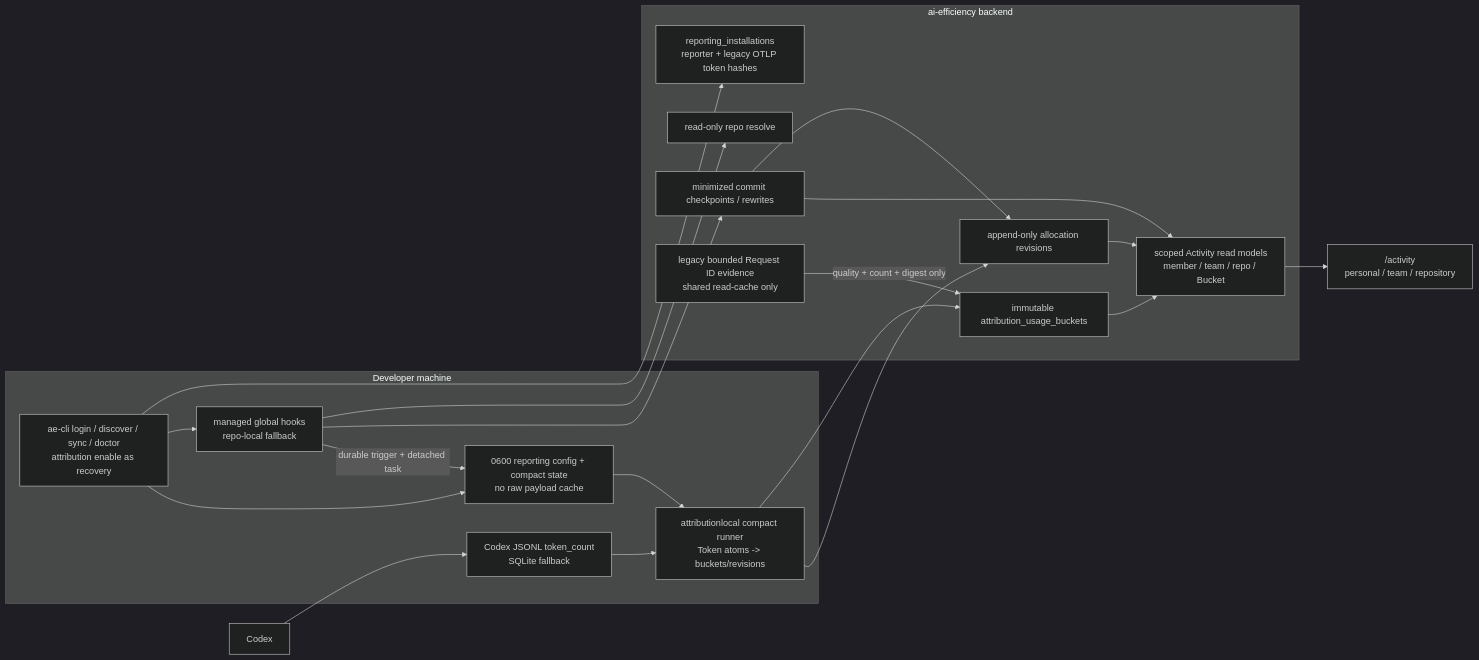
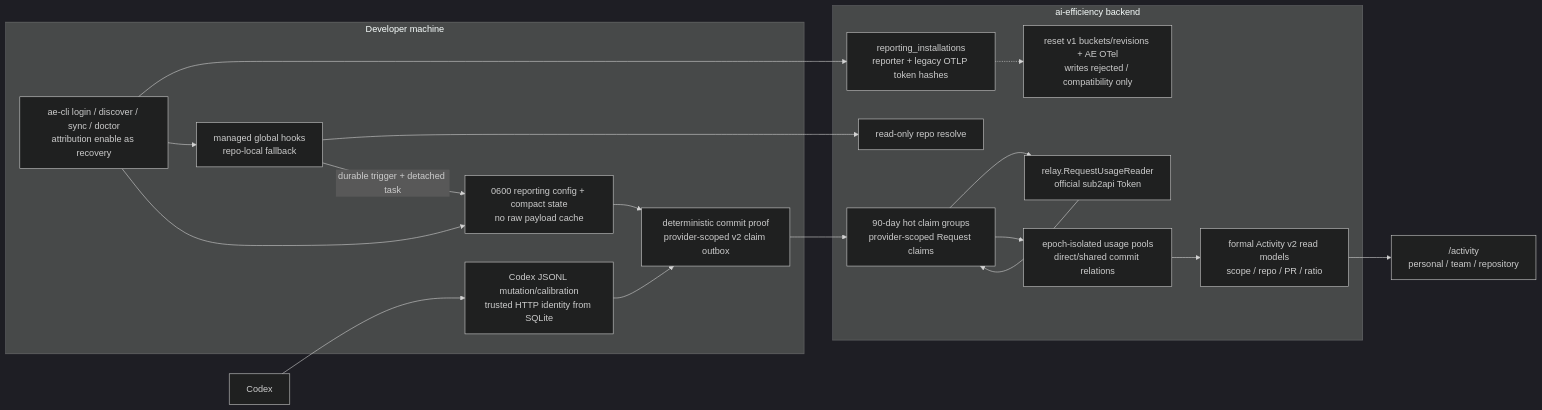
Before and after one commit to LichKing-2234/ai-efficiency: the fourth of 4 diagrams in docs/architecture.md, drawn with Mermaid (dark theme). The commit also changed other lines of this file and 4 other files, not shown here.

````diff
--- a/docs/architecture.md
+++ b/docs/architecture.md
@@ -697,42 +703,40 @@
 ```mermaid
 flowchart LR
     Codex["Codex"]
 
     subgraph Local["Developer machine"]
         CLI["ae-cli login / discover / sync / doctor<br/>attribution enable as recovery"]
         Hooks["managed global hooks<br/>repo-local fallback"]
-        JSONL["Codex JSONL token_count<br/>SQLite fallback"]
-        Compact["attributionlocal compact runner<br/>Token atoms -> buckets/revisions"]
+        Evidence["Codex JSONL mutation/calibration<br/>trusted HTTP identity from SQLite"]
+        Claims["deterministic commit proof<br/>provider-scoped v2 claim outbox"]
         State["0600 reporting config + compact state<br/>no raw payload cache"]
     end
 
     subgraph Backend["ai-efficiency backend"]
         Install["reporting_installations<br/>reporter + legacy OTLP token hashes"]
         Resolve["read-only repo resolve"]
-        Checkpoint["minimized commit checkpoints / rewrites"]
-        Buckets["immutable attribution_usage_buckets"]
-        Revisions["append-only allocation revisions"]
-        Correlation["legacy bounded Request ID evidence<br/>shared read-cache only"]
-        Activity["scoped Activity read models<br/>member / team / repo / Bucket"]
+        Hot["90-day hot claim groups<br/>provider-scoped Request claims"]
+        Relay["relay.RequestUsageReader<br/>official sub2api Token"]
+        Pools["epoch-isolated usage pools<br/>direct/shared commit relations"]
+        Legacy["reset v1 buckets/revisions + AE OTel<br/>writes rejected / compatibility only"]
+        Activity["formal Activity v2 read models<br/>scope / repo / PR / ratio"]
     end
 
     UI["/activity<br/>personal / team / repository"]
 
     CLI --> Install
     CLI --> Hooks
     CLI --> State
-    Codex --> JSONL
+    Codex --> Evidence
     Hooks --> Resolve
-    Hooks --> Checkpoint
     Hooks -->|"durable trigger + detached task"| State
-    State --> Compact
-    JSONL --> Compact
-    Compact --> Buckets
-    Compact --> Revisions
-    Checkpoint --> Revisions
-    Correlation -->|"quality + count + digest only"| Buckets
-    Buckets --> Activity
-    Revisions --> Activity
-    Checkpoint --> Activity
+    State --> Claims
+    Evidence --> Claims
+    Claims --> Hot
+    Hot --> Relay
+    Relay --> Hot
+    Hot --> Pools
+    Install -.-> Legacy
+    Pools --> Activity
     Activity --> UI
 ```
````
